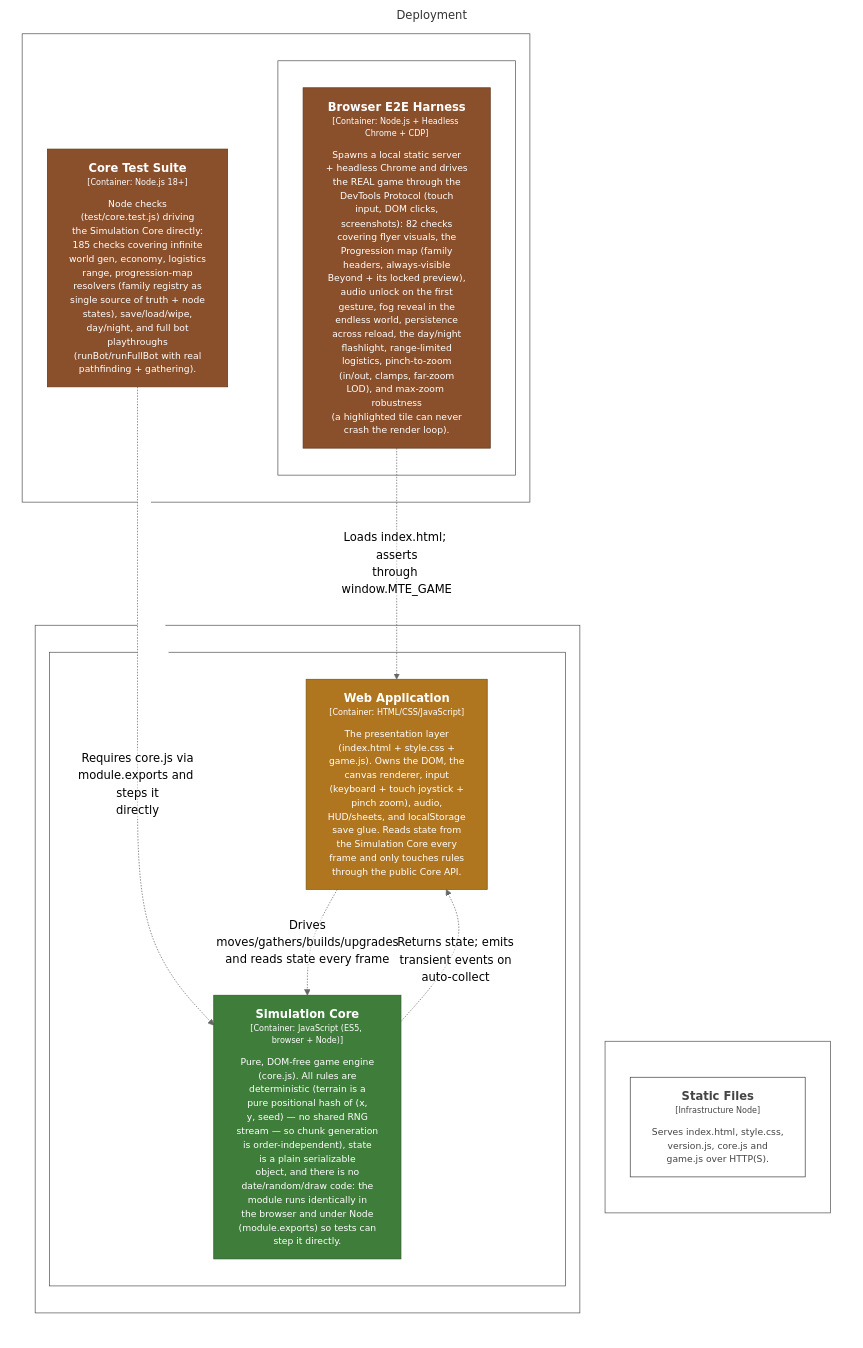
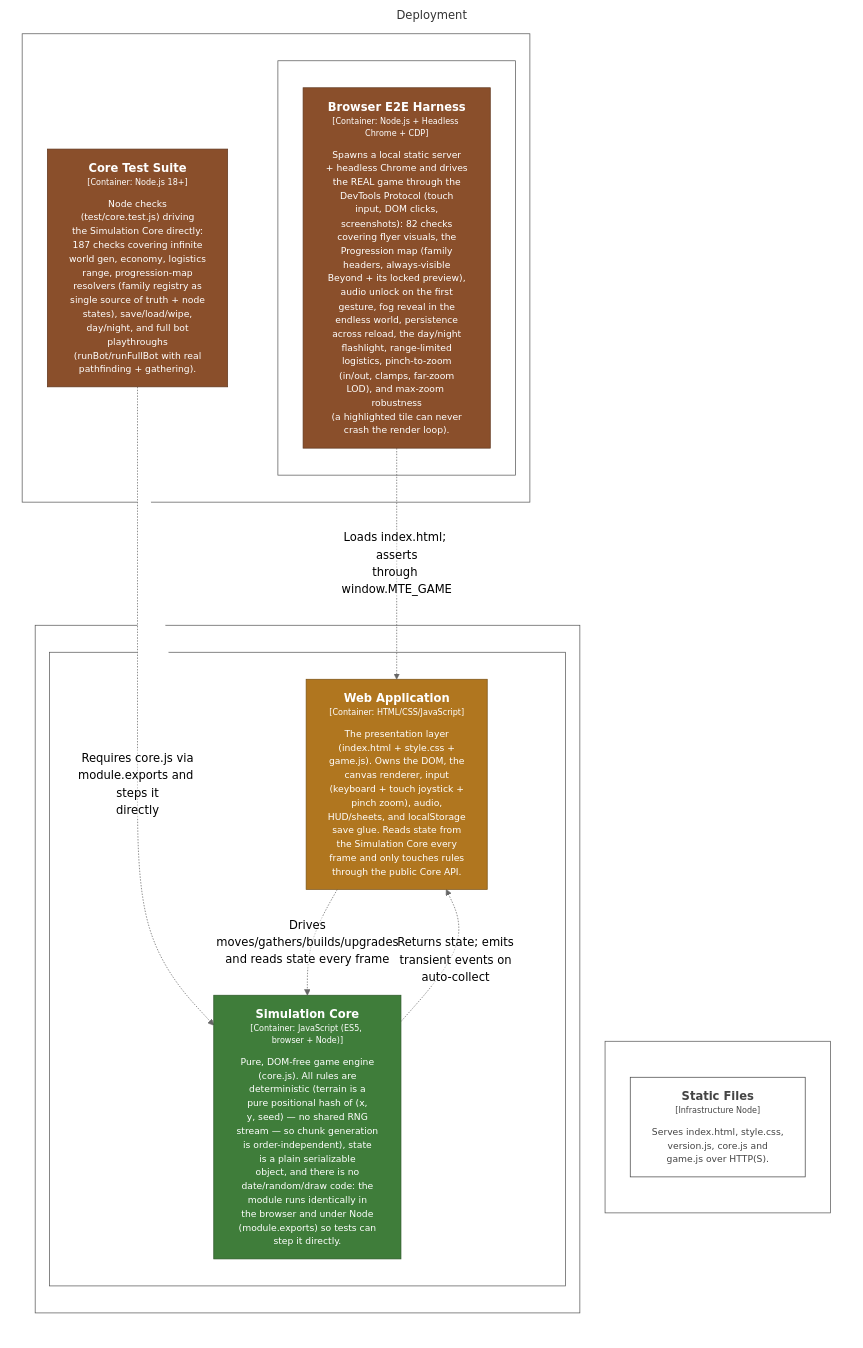
The diagram in structurizr/diagrams/Deployment.mmd (bitkojine/more-than-enough), drawn with Mermaid (neutral theme) before and after one commit. The commit also changed 7 other files, not shown here.

```diff
--- a/structurizr/diagrams/Deployment.mmd
+++ b/structurizr/diagrams/Deployment.mmd
@@ -1,48 +1,48 @@
 %% Generated from structurizr/workspace.dsl — do not edit; run: node structurizr/scripts/structurizr.mjs mermaid
 graph LR
   linkStyle default fill:#ffffff
 
   subgraph diagram ["Deployment"]
     style diagram fill:#ffffff,stroke:#ffffff
 
     subgraph 67 ["Browser"]
       style 67 fill:#ffffff,stroke:#575757,color:#ffffff
 
       subgraph 68 ["Browser tab"]
         style 68 fill:#ffffff,stroke:#575757,color:#ffffff
 
         69["<div style='font-weight: bold'>Web Application</div><div style='font-size: 70%; margin-top: 0px'>[Container: HTML/CSS/JavaScript]</div><div style='font-size: 80%; margin-top:10px'>The presentation layer<br />(index.html + style.css +<br />game.js). Owns the DOM, the<br />canvas renderer, input<br />(keyboard + touch joystick +<br />pinch zoom), audio,<br />HUD/sheets, and localStorage<br />save glue. Reads state from<br />the Simulation Core every<br />frame and only touches rules<br />through the public Core API.</div>"]
         style 69 fill:#b0761f,stroke:#7b5215,color:#ffffff
         70["<div style='font-weight: bold'>Simulation Core</div><div style='font-size: 70%; margin-top: 0px'>[Container: JavaScript (ES5, browser + Node)]</div><div style='font-size: 80%; margin-top:10px'>Pure, DOM-free game engine<br />(core.js). All rules are<br />deterministic (terrain is a<br />pure positional hash of (x,<br />y, seed) — no shared RNG<br />stream — so chunk generation<br />is order-independent), state<br />is a plain serializable<br />object, and there is no<br />date/random/draw code: the<br />module runs identically in<br />the browser and under Node<br />(module.exports) so tests can<br />step it directly.</div>"]
         style 70 fill:#3f7d3a,stroke:#2c5728,color:#ffffff
       end
 
     end
 
     subgraph 73 ["Static Host"]
       style 73 fill:#ffffff,stroke:#575757,color:#ffffff
 
       74["<div style='font-weight: bold'>Static Files</div><div style='font-size: 70%; margin-top: 0px'>[Infrastructure Node]</div><div style='font-size: 80%; margin-top:10px'>Serves index.html, style.css,<br />version.js, core.js and<br />game.js over HTTP(S).</div>"]
       style 74 fill:#ffffff,stroke:#444444,color:#444444
     end
 
     subgraph 75 ["Node.js 18+"]
       style 75 fill:#ffffff,stroke:#575757,color:#ffffff
 
-      76["<div style='font-weight: bold'>Core Test Suite</div><div style='font-size: 70%; margin-top: 0px'>[Container: Node.js 18+]</div><div style='font-size: 80%; margin-top:10px'>Node checks<br />(test/core.test.js) driving<br />the Simulation Core directly:<br />185 checks covering infinite<br />world gen, economy, logistics<br />range, progression-map<br />resolvers (family registry as<br />single source of truth + node<br />states), save/load/wipe,<br />day/night, and full bot<br />playthroughs<br />(runBot/runFullBot with real<br />pathfinding + gathering).</div>"]
+      76["<div style='font-weight: bold'>Core Test Suite</div><div style='font-size: 70%; margin-top: 0px'>[Container: Node.js 18+]</div><div style='font-size: 80%; margin-top:10px'>Node checks<br />(test/core.test.js) driving<br />the Simulation Core directly:<br />187 checks covering infinite<br />world gen, economy, logistics<br />range, progression-map<br />resolvers (family registry as<br />single source of truth + node<br />states), save/load/wipe,<br />day/night, and full bot<br />playthroughs<br />(runBot/runFullBot with real<br />pathfinding + gathering).</div>"]
       style 76 fill:#8a4f2b,stroke:#60371e,color:#ffffff
       subgraph 78 ["Headless Chrome"]
         style 78 fill:#ffffff,stroke:#575757,color:#ffffff
 
         79["<div style='font-weight: bold'>Browser E2E Harness</div><div style='font-size: 70%; margin-top: 0px'>[Container: Node.js + Headless Chrome + CDP]</div><div style='font-size: 80%; margin-top:10px'>Spawns a local static server<br />+ headless Chrome and drives<br />the REAL game through the<br />DevTools Protocol (touch<br />input, DOM clicks,<br />screenshots): 82 checks<br />covering flyer visuals, the<br />Progression map (family<br />headers, always-visible<br />Beyond + its locked preview),<br />audio unlock on the first<br />gesture, fog reveal in the<br />endless world, persistence<br />across reload, the day/night<br />flashlight, range-limited<br />logistics, pinch-to-zoom<br />(in/out, clamps, far-zoom<br />LOD), and max-zoom robustness<br />(a highlighted tile can never<br />crash the render loop).</div>"]
         style 79 fill:#8a4f2b,stroke:#60371e,color:#ffffff
       end
 
     end
 
     70-. "<div>Returns state; emits<br />transient events on<br />auto-collect</div><div style='font-size: 70%'></div>" .->69
     69-. "<div>Drives<br />moves/gathers/builds/upgrades<br />and reads state every frame</div><div style='font-size: 70%'></div>" .->70
     76-. "<div>Requires core.js via<br />module.exports and steps it<br />directly</div><div style='font-size: 70%'></div>" .->70
     79-. "<div>Loads index.html; asserts<br />through window.MTE_GAME</div><div style='font-size: 70%'></div>" .->69
 
   end
```
